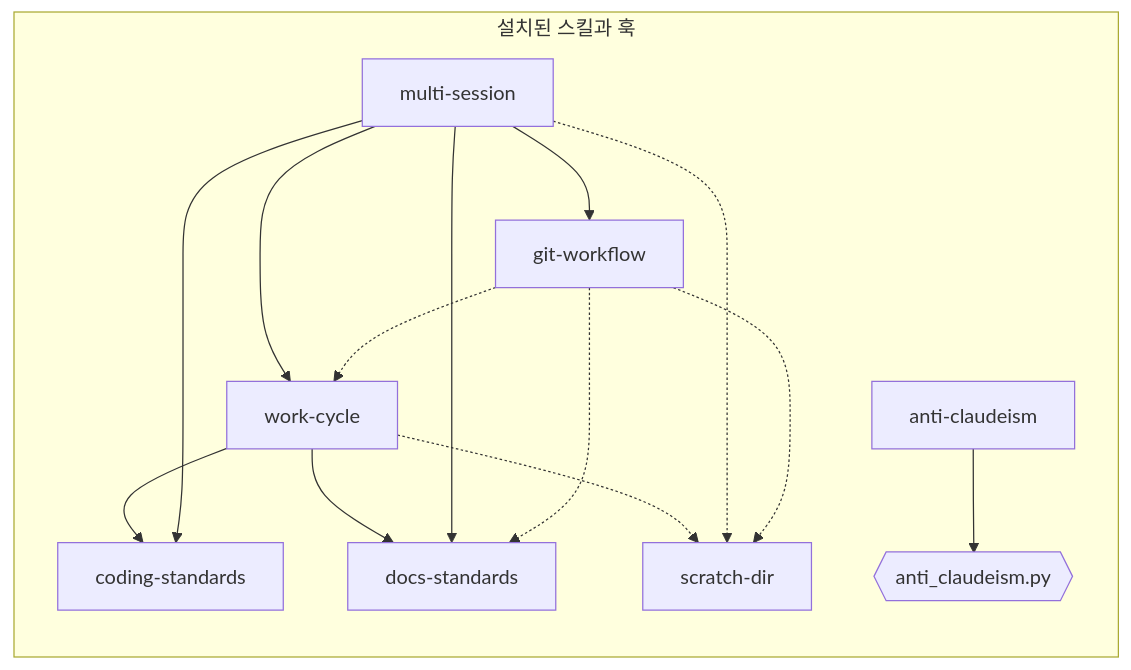
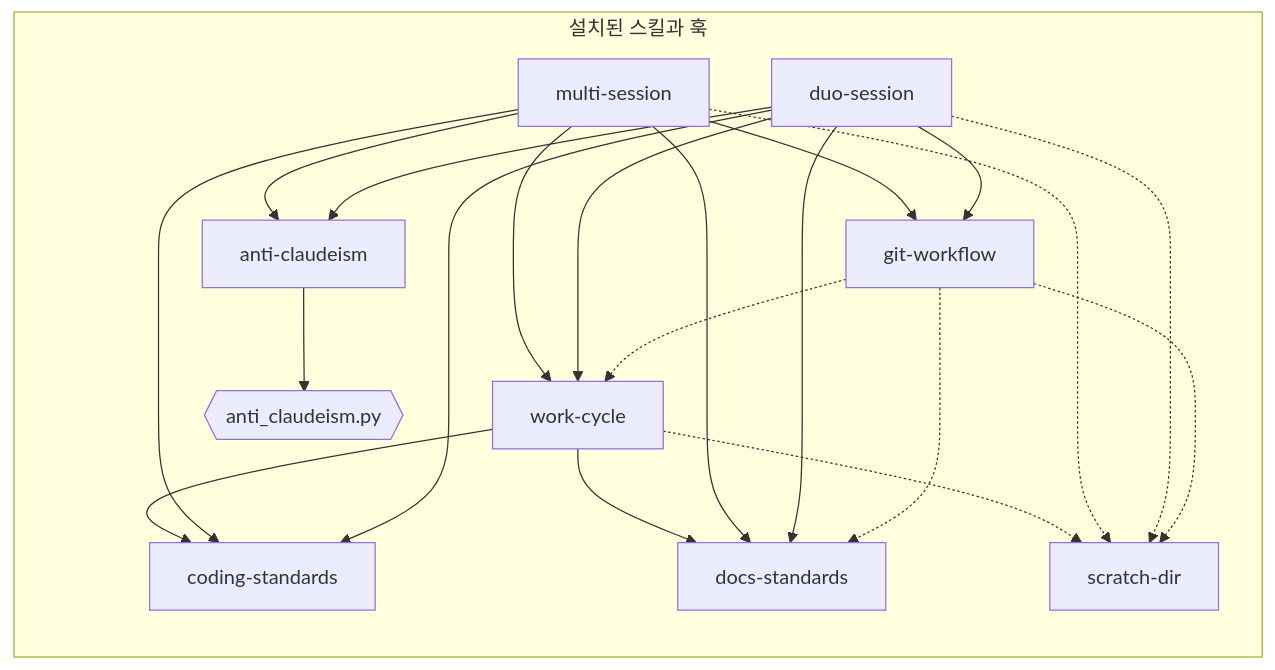
One commit to nil-park/claude-workflow-kit changed the diagram in docs/architecture/component-dependency.md. Above: the diagram before and after it, drawn with Mermaid. The commit also changed 7 other files, not shown here.

First line of the commit message:
feat: add a Claude Code-only duo-session skill and update multi-session (#54)

````diff
--- a/docs/architecture/component-dependency.md
+++ b/docs/architecture/component-dependency.md
@@ -3,26 +3,34 @@
 ```mermaid
 flowchart LR
   subgraph inst["설치된 스킬과 훅"]
     wc["work-cycle"]
     cs["coding-standards"]
     ds["docs-standards"]
     sd["scratch-dir"]
     gw["git-workflow"]
     ac["anti-claudeism"]
     ms["multi-session"]
+    du["duo-session"]
     hook{{"anti_claudeism.py"}}
   end
 
   wc --> cs
   wc --> ds
   wc -.-> sd
   ms --> gw
   ms --> wc
   ms --> cs
   ms --> ds
+  ms --> ac
   ms -.-> sd
+  du --> gw
+  du --> wc
+  du --> cs
+  du --> ds
+  du --> ac
+  du -.-> sd
   gw -.-> wc
   gw -.-> ds
   gw -.-> sd
   ac --> hook
 ```
````
